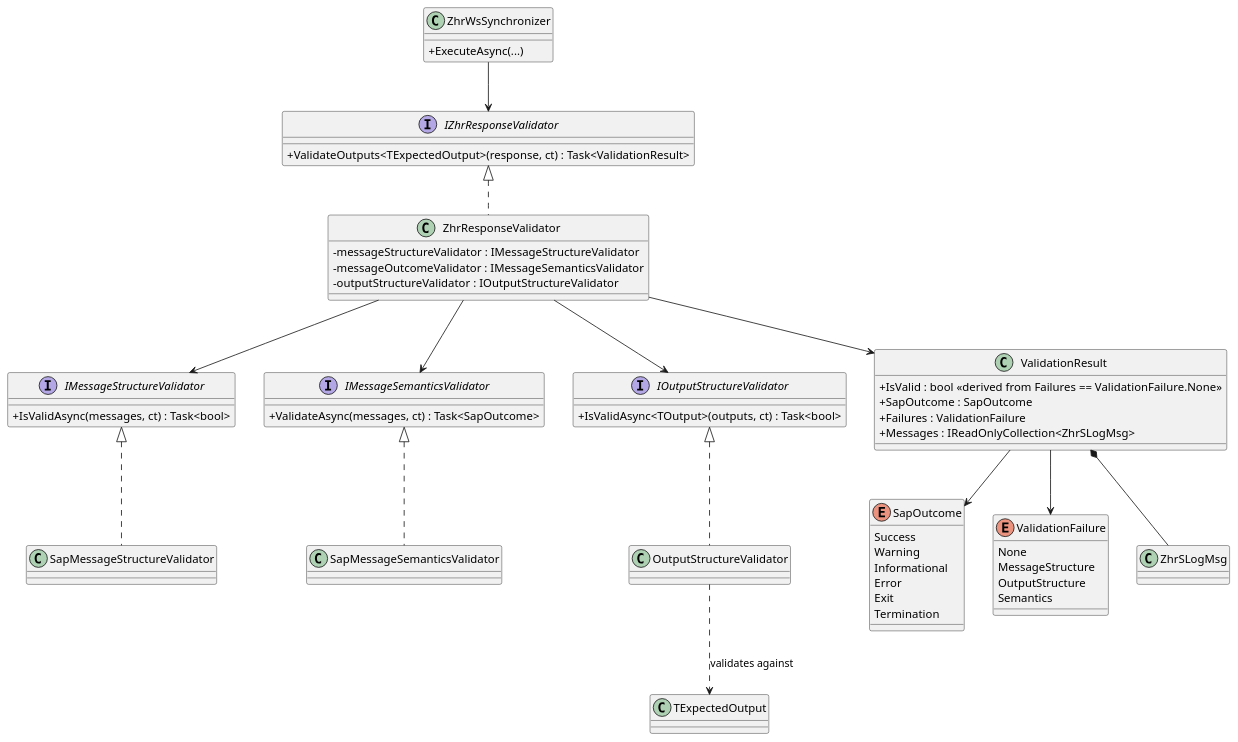
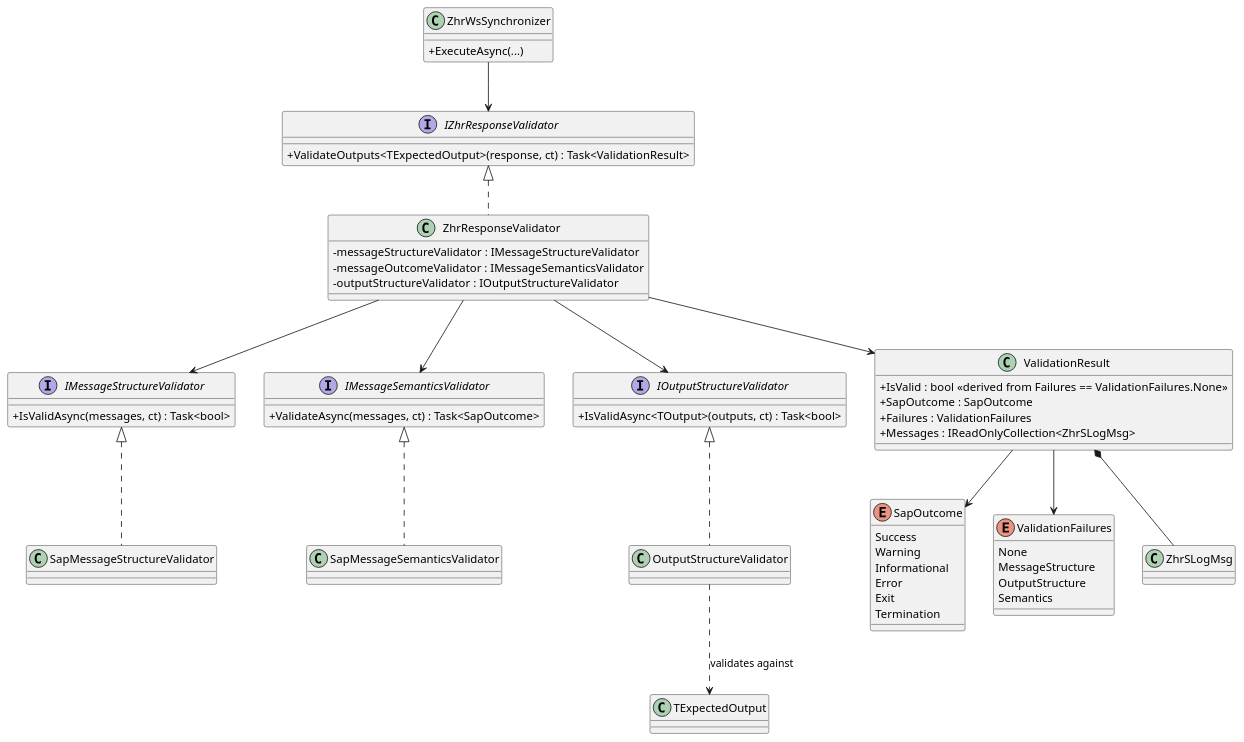
The diagram in docs/adr/003-SYNC-sigdn-response-validation.md (Raimundo82/pessoas-integracao), drawn with PlantUML before and after one commit. The commit also changed 2 other files, not shown here.

Commit message:
fix(sync): fix naming code smell to match convention

````diff
--- a/docs/adr/003-SYNC-sigdn-response-validation.md
+++ b/docs/adr/003-SYNC-sigdn-response-validation.md
@@ -264,82 +264,82 @@
 ```plantuml
 @startuml
 
 skinparam classAttributeIconSize 0
 
 class ZhrWsSynchronizer {
     +ExecuteAsync(...)
 }
 
 interface IZhrResponseValidator {
     +ValidateOutputs<TExpectedOutput>(response, ct) : Task<ValidationResult>
 }
 
 class ZhrResponseValidator {
     -messageStructureValidator : IMessageStructureValidator
     -messageOutcomeValidator : IMessageSemanticsValidator
     -outputStructureValidator : IOutputStructureValidator
 }
 
 interface IMessageStructureValidator {
     +IsValidAsync(messages, ct) : Task<bool>
 }
 
 interface IMessageSemanticsValidator {
     +ValidateAsync(messages, ct) : Task<SapOutcome>
 }
 
 interface IOutputStructureValidator {
     +IsValidAsync<TOutput>(outputs, ct) : Task<bool>
 }
 
 class SapMessageStructureValidator
 class SapMessageSemanticsValidator
 class OutputStructureValidator
 
 class ValidationResult {
-    +IsValid : bool <<derived from Failures == ValidationFailure.None>>
+    +IsValid : bool <<derived from Failures == ValidationFailures.None>>
     +SapOutcome : SapOutcome
-    +Failures : ValidationFailure
+    +Failures : ValidationFailures
     +Messages : IReadOnlyCollection<ZhrSLogMsg>
 }
 
 enum SapOutcome {
     Success
     Warning
     Informational
     Error
     Exit
     Termination
 }
 
-enum ValidationFailure {
+enum ValidationFailures {
     None
     MessageStructure
     OutputStructure
     Semantics
 }
 
 class ZhrSLogMsg
 
 ZhrWsSynchronizer --> IZhrResponseValidator
 
 IZhrResponseValidator <|.. ZhrResponseValidator
 
 ZhrResponseValidator --> IMessageStructureValidator
 ZhrResponseValidator --> IMessageSemanticsValidator
 ZhrResponseValidator --> IOutputStructureValidator
 
 IMessageStructureValidator <|.. SapMessageStructureValidator
 IMessageSemanticsValidator <|.. SapMessageSemanticsValidator
 IOutputStructureValidator <|.. OutputStructureValidator
 
 ZhrResponseValidator --> ValidationResult
 
 ValidationResult *-- ZhrSLogMsg
 ValidationResult --> SapOutcome
-ValidationResult --> ValidationFailure
+ValidationResult --> ValidationFailures
 
 OutputStructureValidator ..> TExpectedOutput : validates against
 
 @enduml
 ```
````
